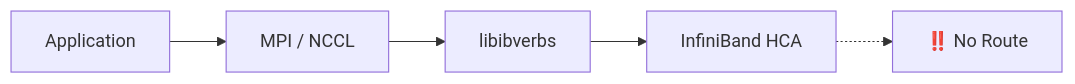
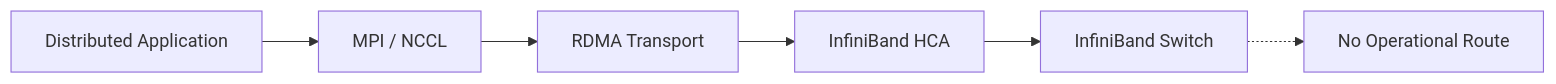
One commit to hdimmfh/hdimmfh.github.io changed the seventh of 8 diagrams in _posts/2026-07-14-MPI_OpenSM.md. Above: the diagram before and after it, drawn with Mermaid. The commit also changed other lines of this file and 2 other files, not shown here.

````diff
--- a/_posts/2026-07-14-MPI_OpenSM.md
+++ b/_posts/2026-07-14-MPI_OpenSM.md
@@ -105,13 +490,11 @@
 ```mermaid
 flowchart LR
-    APP["Application"]
+    APP["Distributed Application"]
     COMM["MPI / NCCL"]
-    VERBS["libibverbs"]
+    RDMA["RDMA Transport"]
     HCA["InfiniBand HCA"]
-    FAIL["‼️ No Route"]
-
-    APP --> COMM
-    COMM --> VERBS
-    VERBS --> HCA
-    HCA -.-> FAIL
+    SWITCH["InfiniBand Switch"]
+    FAIL["No Operational Route"]
+    APP --> COMM --> RDMA --> HCA --> SWITCH
+    SWITCH -.-> FAIL
 ```
````
